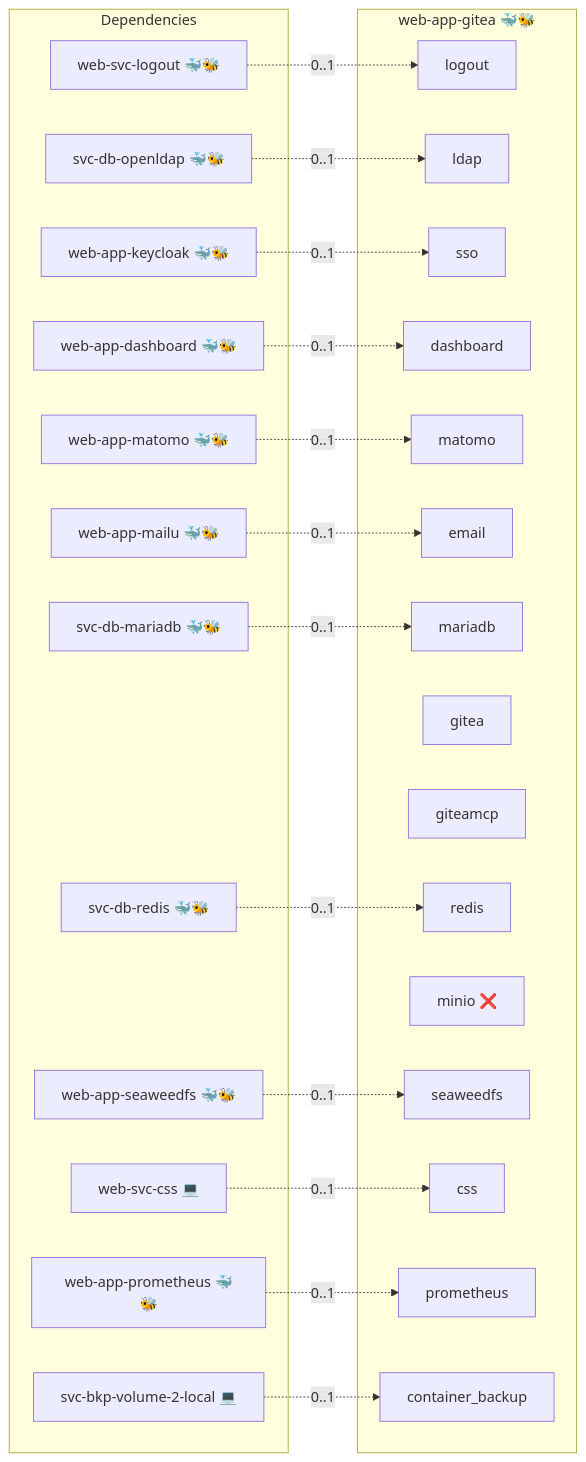
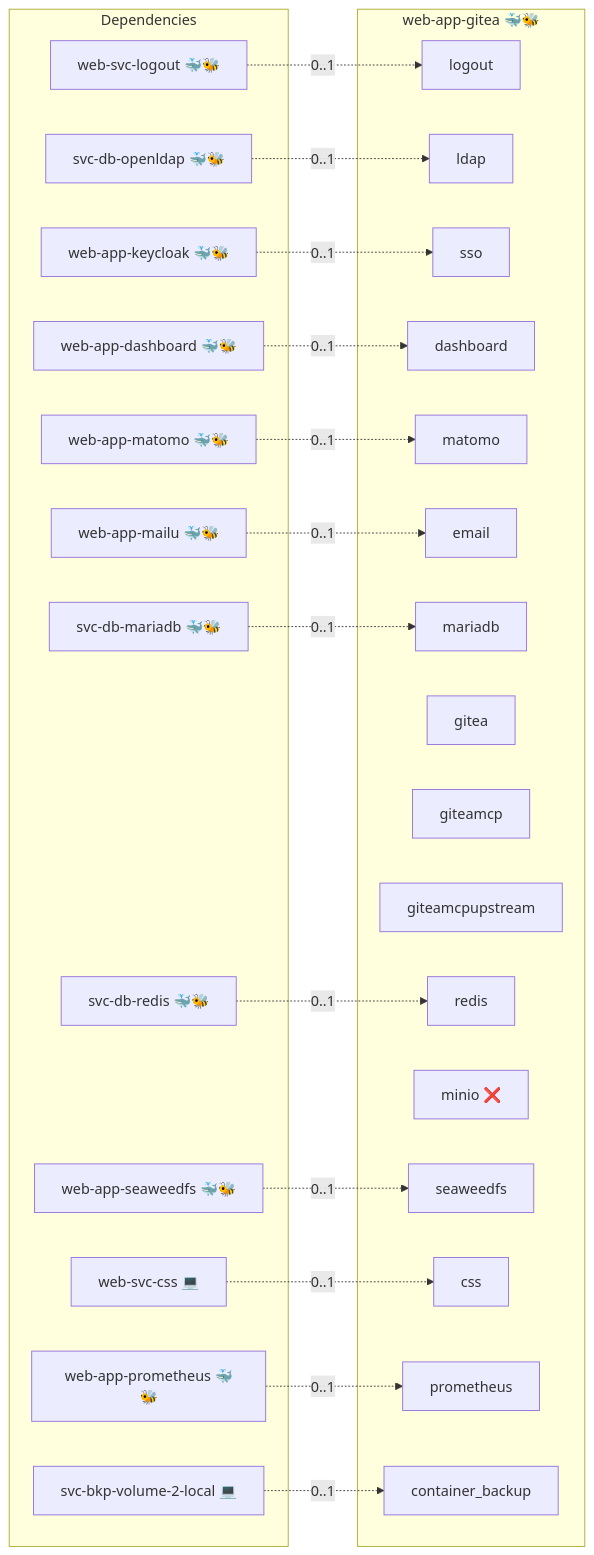
One commit to infinito-nexus/core changed the diagram in roles/web-app-gitea/README.md. Above: the diagram before and after it, drawn with Mermaid. The commit also changed other lines of this file and 9 other files, not shown here.

````diff
--- a/roles/web-app-gitea/README.md
+++ b/roles/web-app-gitea/README.md
@@ -15,46 +15,47 @@
 ```mermaid
 flowchart LR
     subgraph deps [Dependencies]
         dep_svc_bkp_volume_2_local["svc-bkp-volume-2-local 💻"]
         dep_svc_db_mariadb["svc-db-mariadb 🐳🐝"]
         dep_svc_db_openldap["svc-db-openldap 🐳🐝"]
         dep_svc_db_redis["svc-db-redis 🐳🐝"]
         dep_web_app_dashboard["web-app-dashboard 🐳🐝"]
         dep_web_app_keycloak["web-app-keycloak 🐳🐝"]
         dep_web_app_mailu["web-app-mailu 🐳🐝"]
         dep_web_app_matomo["web-app-matomo 🐳🐝"]
         dep_web_app_prometheus["web-app-prometheus 🐳🐝"]
         dep_web_app_seaweedfs["web-app-seaweedfs 🐳🐝"]
         dep_web_svc_css["web-svc-css 💻"]
         dep_web_svc_logout["web-svc-logout 🐳🐝"]
     end
     subgraph role [web-app-gitea 🐳🐝]
         svc_logout["logout"]
         svc_ldap["ldap"]
         svc_sso["sso"]
         svc_dashboard["dashboard"]
         svc_matomo["matomo"]
         svc_email["email"]
         svc_mariadb["mariadb"]
         svc_gitea["gitea"]
         svc_giteamcp["giteamcp"]
+        svc_giteamcpupstream["giteamcpupstream"]
         svc_redis["redis"]
         svc_minio["minio ❌"]
         svc_seaweedfs["seaweedfs"]
         svc_css["css"]
         svc_prometheus["prometheus"]
         svc_container_backup["container_backup"]
     end
     dep_svc_bkp_volume_2_local -. "0..1" .-> svc_container_backup
     dep_svc_db_mariadb -. "0..1" .-> svc_mariadb
     dep_svc_db_openldap -. "0..1" .-> svc_ldap
     dep_svc_db_redis -. "0..1" .-> svc_redis
     dep_web_app_dashboard -. "0..1" .-> svc_dashboard
     dep_web_app_keycloak -. "0..1" .-> svc_sso
     dep_web_app_mailu -. "0..1" .-> svc_email
     dep_web_app_matomo -. "0..1" .-> svc_matomo
     dep_web_app_prometheus -. "0..1" .-> svc_prometheus
     dep_web_app_seaweedfs -. "0..1" .-> svc_seaweedfs
     dep_web_svc_css -. "0..1" .-> svc_css
     dep_web_svc_logout -. "0..1" .-> svc_logout
 ```
````
